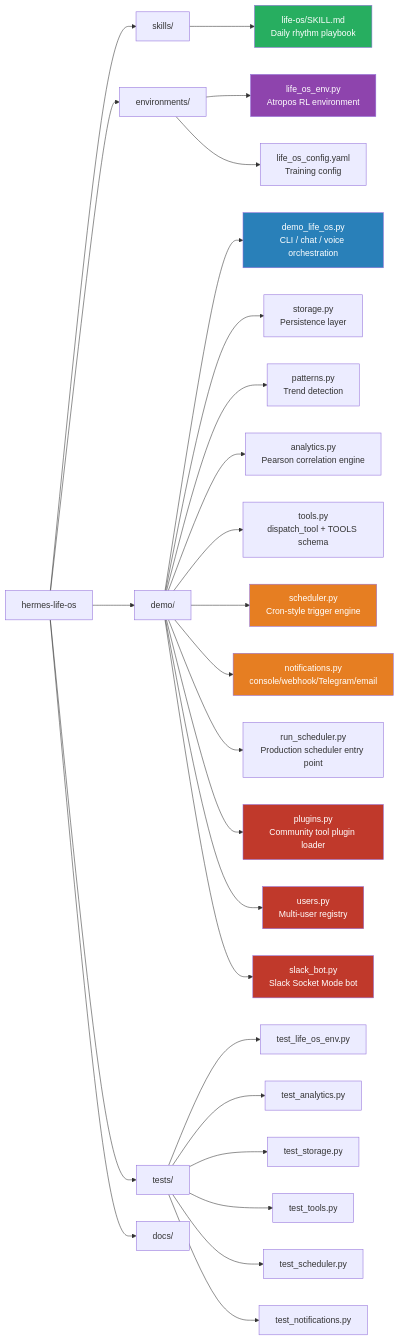
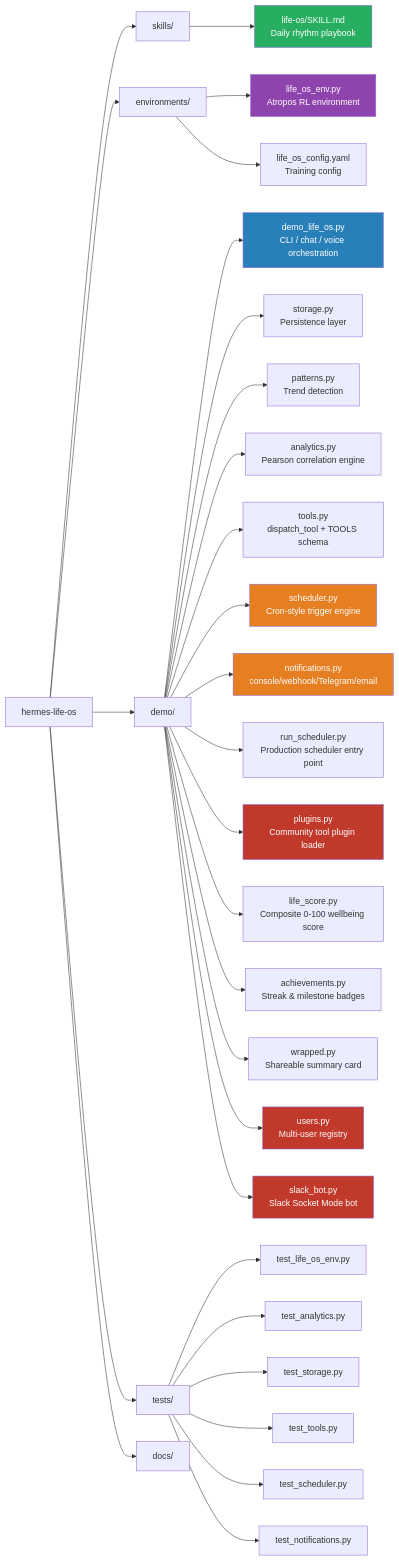
One commit to Lethe044/hermes-life-os changed the third of 3 diagrams in README.md. Above: the diagram before and after it, drawn with Mermaid. The commit also changed other lines of this file and 14 other files, not shown here.

Commit message:
Add spending/social/substance tracking, Life Score, Achievements, Wrapped (v1.17.0)

````diff
--- a/README.md
+++ b/README.md
@@ -300,38 +303,41 @@
 ```mermaid
 graph LR
     A[hermes-life-os] --> B[skills/]
     A --> C[environments/]
     A --> D[demo/]
     A --> E[tests/]
     A --> F[docs/]
 
     B --> B1[life-os/SKILL.md<br/>Daily rhythm playbook]
     C --> C1[life_os_env.py<br/>Atropos RL environment]
     C --> C2[life_os_config.yaml<br/>Training config]
     D --> D1[demo_life_os.py<br/>CLI / chat / voice orchestration]
     D --> D2[storage.py<br/>Persistence layer]
     D --> D3[patterns.py<br/>Trend detection]
     D --> D4[analytics.py<br/>Pearson correlation engine]
     D --> D5[tools.py<br/>dispatch_tool + TOOLS schema]
     D --> D6[scheduler.py<br/>Cron-style trigger engine]
     D --> D7[notifications.py<br/>console/webhook/Telegram/email]
     D --> D8[run_scheduler.py<br/>Production scheduler entry point]
     D --> D9[plugins.py<br/>Community tool plugin loader]
+    D --> D12[life_score.py<br/>Composite 0-100 wellbeing score]
+    D --> D13[achievements.py<br/>Streak &amp; milestone badges]
+    D --> D14[wrapped.py<br/>Shareable summary card]
     D --> D10[users.py<br/>Multi-user registry]
     D --> D11[slack_bot.py<br/>Slack Socket Mode bot]
     E --> E1[test_life_os_env.py]
     E --> E2[test_analytics.py]
     E --> E3[test_storage.py]
     E --> E4[test_tools.py]
     E --> E5[test_scheduler.py]
     E --> E6[test_notifications.py]
 
     style B1 fill:#27ae60,color:#fff
     style C1 fill:#8e44ad,color:#fff
     style D1 fill:#2980b9,color:#fff
     style D6 fill:#e67e22,color:#fff
     style D7 fill:#e67e22,color:#fff
     style D9 fill:#c0392b,color:#fff
     style D10 fill:#c0392b,color:#fff
     style D11 fill:#c0392b,color:#fff
 ```
````
